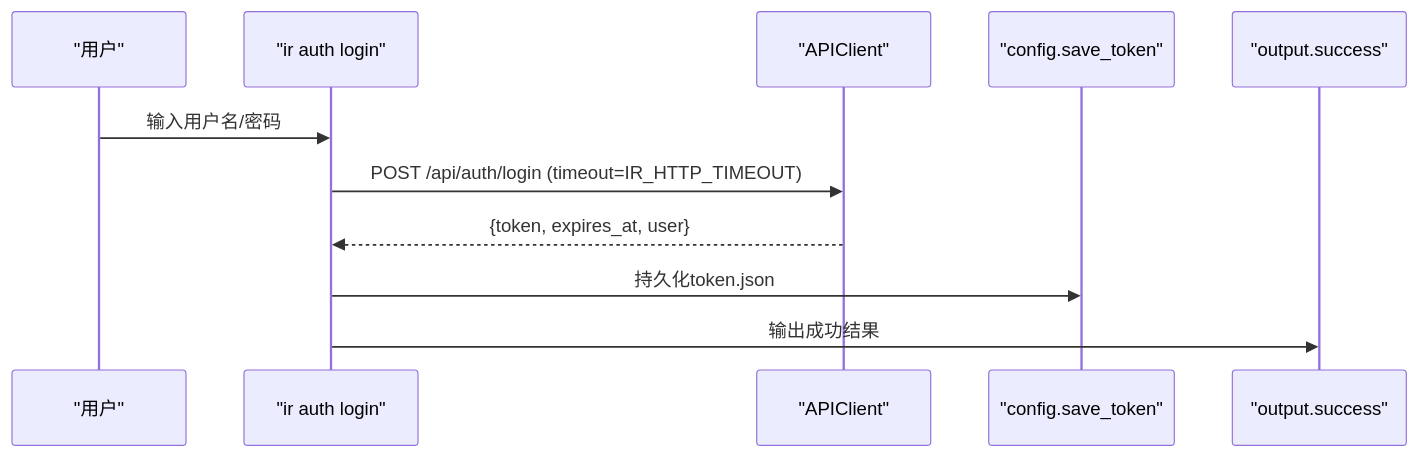
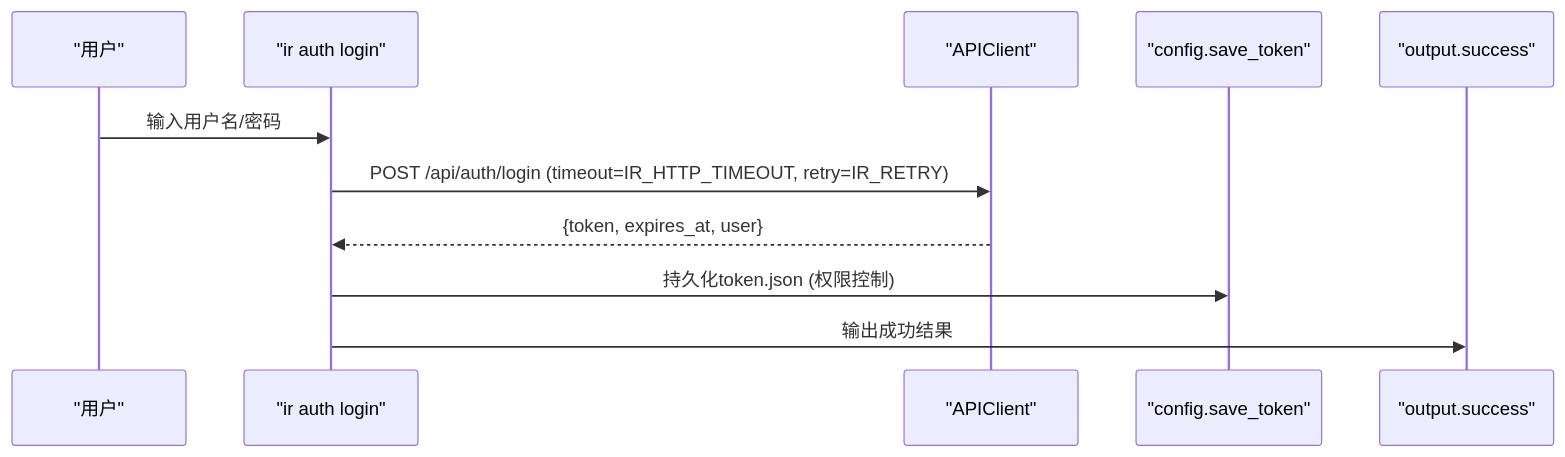
One commit to gujialind/InvestRing changed the fourth of 7 diagrams in .qoder/repowiki/zh/content/开发指南/InvestRing HTTP客户端CLI工具.md. Above: the diagram before and after it, drawn with Mermaid. The commit also changed other lines of this file and 8 other files, not shown here.

````diff
--- a/.qoder/repowiki/zh/content/开发指南/InvestRing HTTP客户端CLI工具.md
+++ b/.qoder/repowiki/zh/content/开发指南/InvestRing HTTP客户端CLI工具.md
@@ -236,13 +298,13 @@
 ```mermaid
 sequenceDiagram
 participant U as "用户"
 participant CLI as "ir auth login"
 participant C as "APIClient"
 participant CFG as "config.save_token"
 participant OUT as "output.success"
 U->>CLI : 输入用户名/密码
-CLI->>C : POST /api/auth/login (timeout=IR_HTTP_TIMEOUT)
+CLI->>C : POST /api/auth/login (timeout=IR_HTTP_TIMEOUT, retry=IR_RETRY)
 C-->>CLI : {token, expires_at, user}
-CLI->>CFG : 持久化token.json
+CLI->>CFG : 持久化token.json (权限控制)
 CLI->>OUT : 输出成功结果
 ```
````
